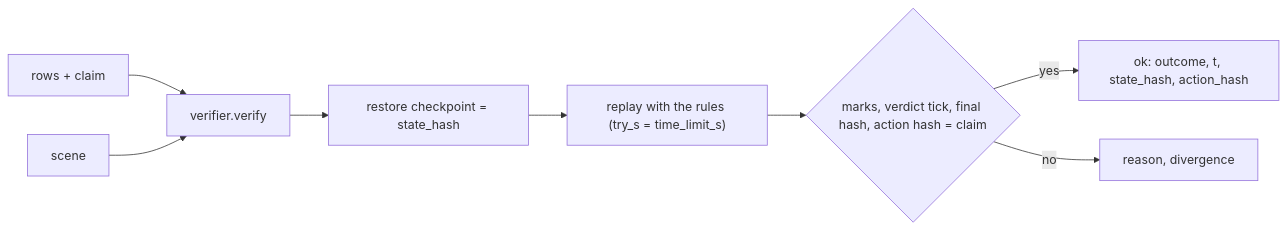
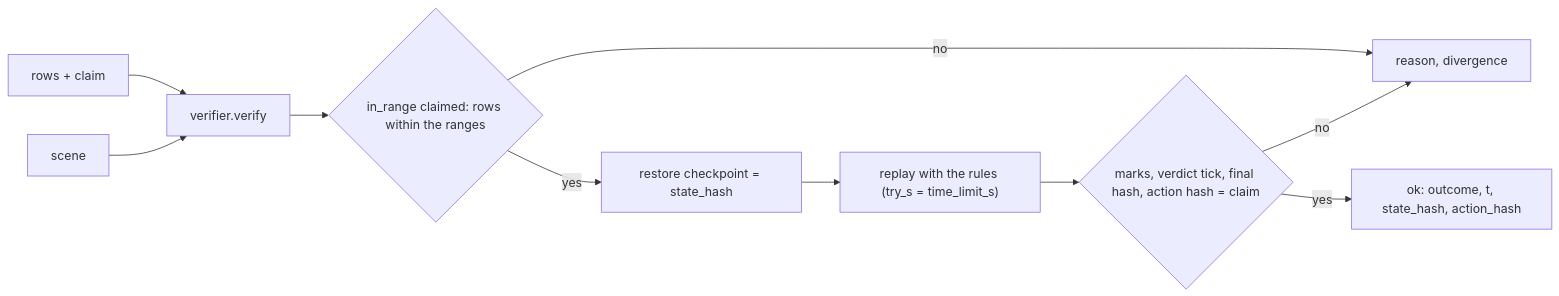
The fourth of 5 diagrams in README.md (robotensor/vector-env), drawn with Mermaid before and after one commit. The commit also changed other lines of this file and 7 other files, not shown here.

First line of the commit message:
Console claims check row ranges; results carry the applied rows

````diff
--- a/README.md
+++ b/README.md
@@ -244,9 +246,11 @@
 ```mermaid
 flowchart LR
   L["rows + claim"] --> V["verifier.verify"]
   S["scene"] --> V
-  V --> R["restore checkpoint = state_hash"] --> P["replay with the rules (try_s = time_limit_s)"]
+  V --> G{"in_range claimed: rows within the ranges"}
+  G -->|"no"| NO
+  G -->|"yes"| R["restore checkpoint = state_hash"] --> P["replay with the rules (try_s = time_limit_s)"]
   P --> M{"marks, verdict tick, final hash, action hash = claim"}
   M -->|"yes"| OK["ok: outcome, t, state_hash, action_hash"]
   M -->|"no"| NO["reason, divergence"]
 ```
````
